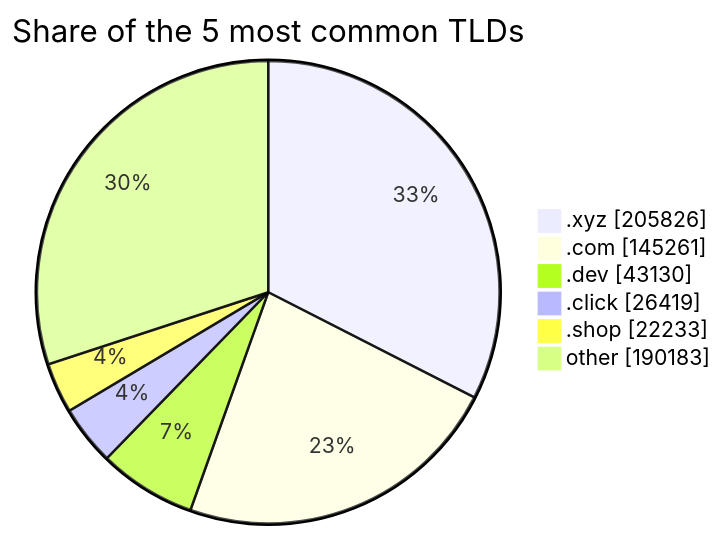
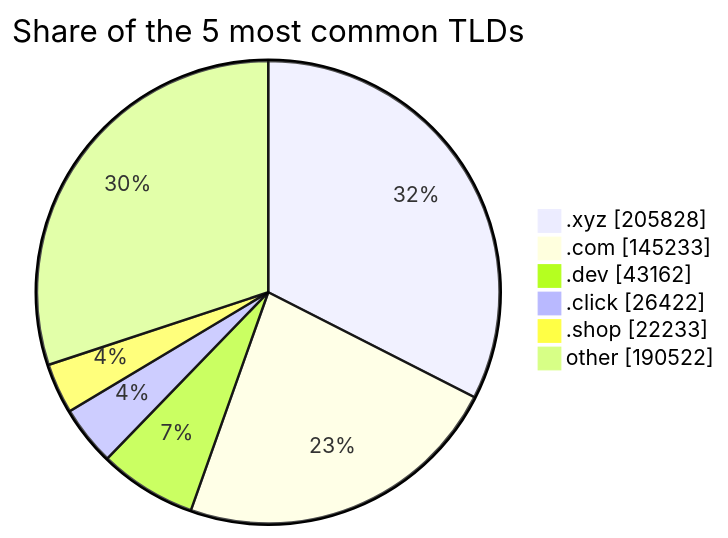
Before and after one commit to DNSBunker/CTI: the third of 3 diagrams in README.md, drawn with Mermaid. The commit also changed other lines of this file and 3 other files, not shown here.

````diff
--- a/README.md
+++ b/README.md
@@ -81,9 +81,9 @@
 ```mermaid
 pie showData title Share of the 5 most common TLDs
-    ".xyz" : 205826
-    ".com" : 145261
-    ".dev" : 43130
-    ".click" : 26419
+    ".xyz" : 205828
+    ".com" : 145233
+    ".dev" : 43162
+    ".click" : 26422
     ".shop" : 22233
-    "other" : 190183
+    "other" : 190522
 ```
````
